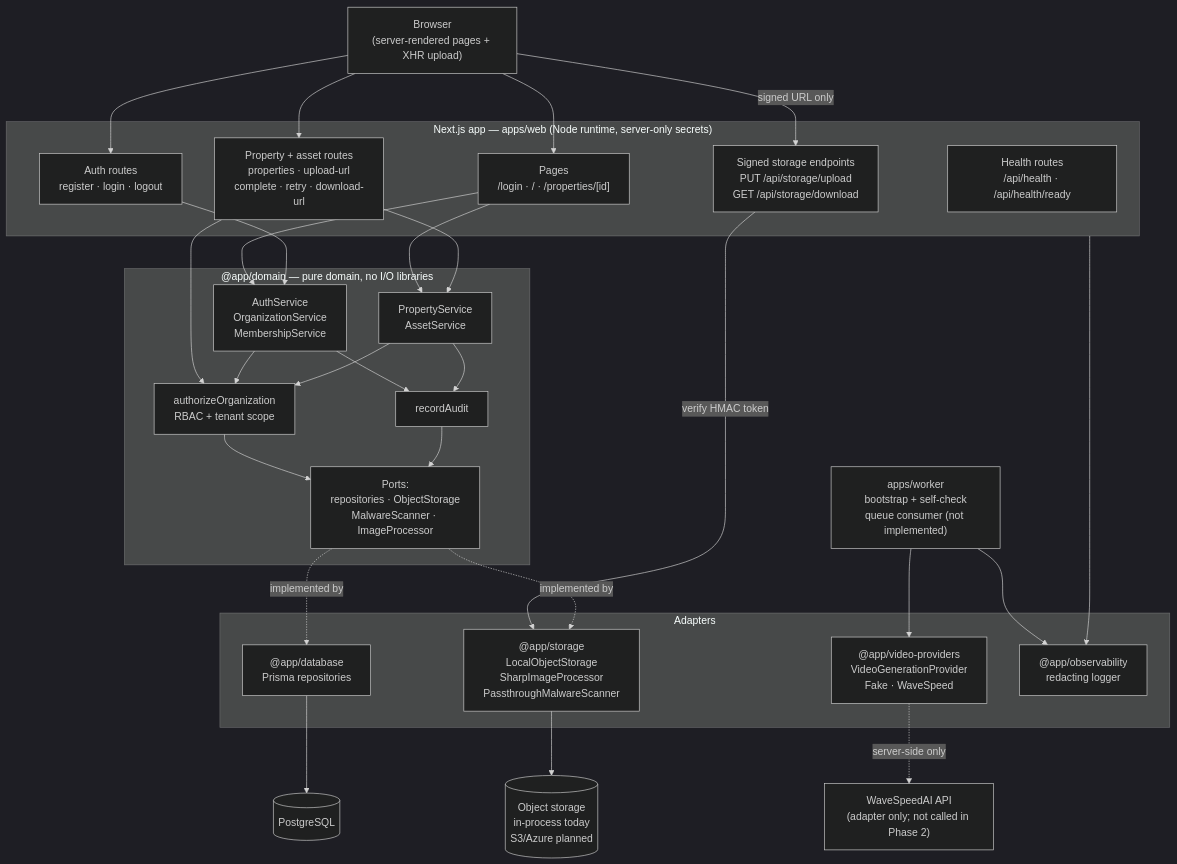
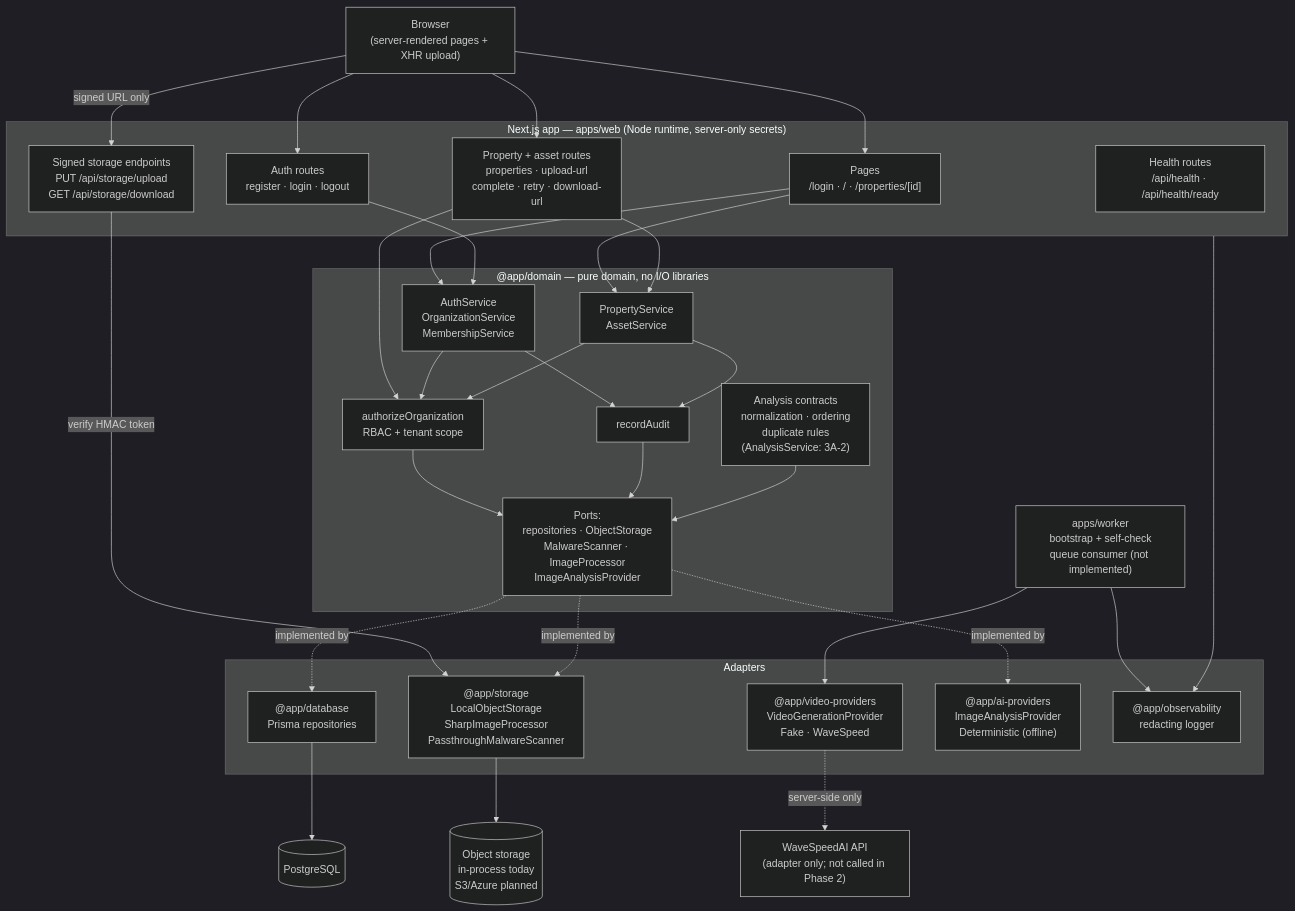
Before and after one commit to TakeTouhu/Real-Estate-Listing-Concept-Video: the diagram in docs/architecture.md, drawn with Mermaid (dark theme). The commit also changed other lines of this file and 23 other files, not shown here.

````diff
--- a/docs/architecture.md
+++ b/docs/architecture.md
@@ -12,62 +12,66 @@
 ```mermaid
 flowchart TB
   browser["Browser<br/>(server-rendered pages + XHR upload)"]
 
   subgraph web["Next.js app — apps/web (Node runtime, server-only secrets)"]
     pages["Pages<br/>/login · / · /properties/[id]"]
     authapi["Auth routes<br/>register · login · logout"]
     propapi["Property + asset routes<br/>properties · upload-url<br/>complete · retry · download-url"]
     storageapi["Signed storage endpoints<br/>PUT /api/storage/upload<br/>GET /api/storage/download"]
     health["Health routes<br/>/api/health · /api/health/ready"]
   end
 
   subgraph domain["@app/domain — pure domain, no I/O libraries"]
     identitysvc["AuthService<br/>OrganizationService<br/>MembershipService"]
     propsvc["PropertyService<br/>AssetService"]
+    anasvc["Analysis contracts<br/>normalization · ordering<br/>duplicate rules<br/>(AnalysisService: 3A-2)"]
     authz["authorizeOrganization<br/>RBAC + tenant scope"]
     audit["recordAudit"]
-    ports["Ports:<br/>repositories · ObjectStorage<br/>MalwareScanner · ImageProcessor"]
+    ports["Ports:<br/>repositories · ObjectStorage<br/>MalwareScanner · ImageProcessor<br/>ImageAnalysisProvider"]
   end
 
   subgraph adapters["Adapters"]
     db["@app/database<br/>Prisma repositories"]
     store["@app/storage<br/>LocalObjectStorage<br/>SharpImageProcessor<br/>PassthroughMalwareScanner"]
     vp["@app/video-providers<br/>VideoGenerationProvider<br/>Fake · WaveSpeed"]
+    aip["@app/ai-providers<br/>ImageAnalysisProvider<br/>Deterministic (offline)"]
     obs["@app/observability<br/>redacting logger"]
   end
 
   pg[("PostgreSQL")]
   objects[("Object storage<br/>in-process today<br/>S3/Azure planned")]
   wavespeed["WaveSpeedAI API<br/>(adapter only; not called in Phase 2)"]
 
   worker["apps/worker<br/>bootstrap + self-check<br/>queue consumer (not implemented)"]
 
   browser --> pages
   browser --> authapi
   browser --> propapi
   browser -- "signed URL only" --> storageapi
 
   pages --> identitysvc
   pages --> propsvc
   authapi --> identitysvc
   propapi --> propsvc
   propapi --> authz
   storageapi -- "verify HMAC token" --> store
 
   identitysvc --> authz
   propsvc --> authz
   identitysvc --> audit
   propsvc --> audit
   authz --> ports
   audit --> ports
 
   ports -.implemented by.-> db
   ports -.implemented by.-> store
+  ports -.implemented by.-> aip
+  anasvc --> ports
 
   db --> pg
   store --> objects
   worker --> vp
   vp -.server-side only.-> wavespeed
   web --> obs
   worker --> obs
 ```
````
